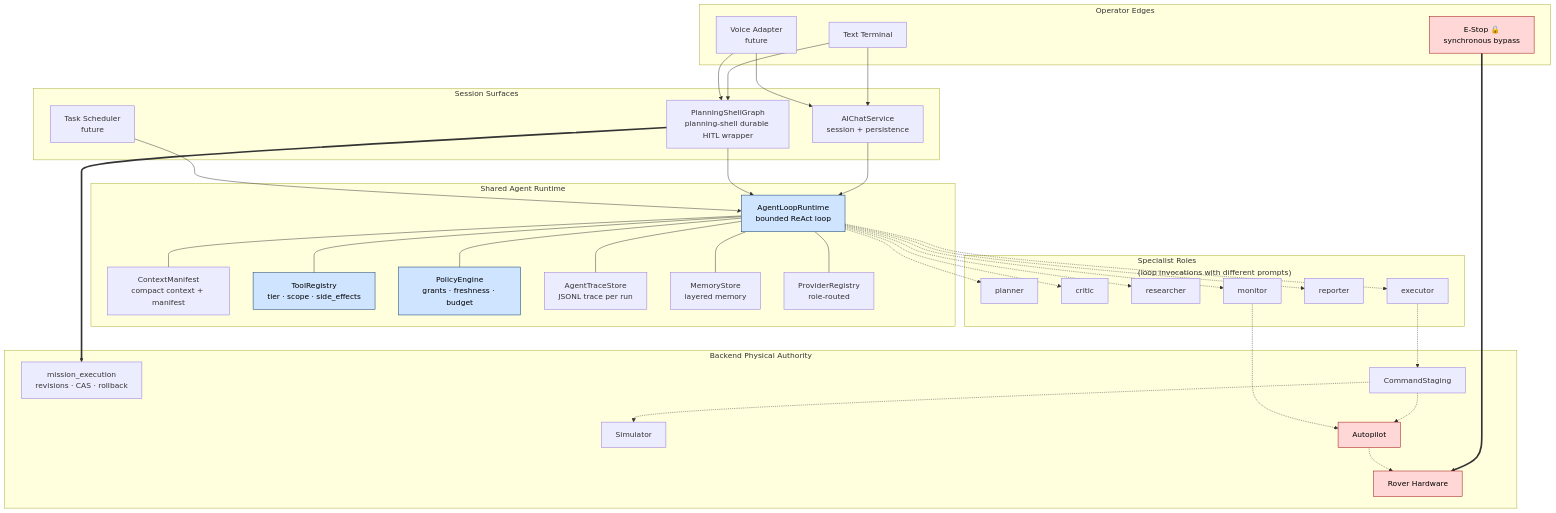
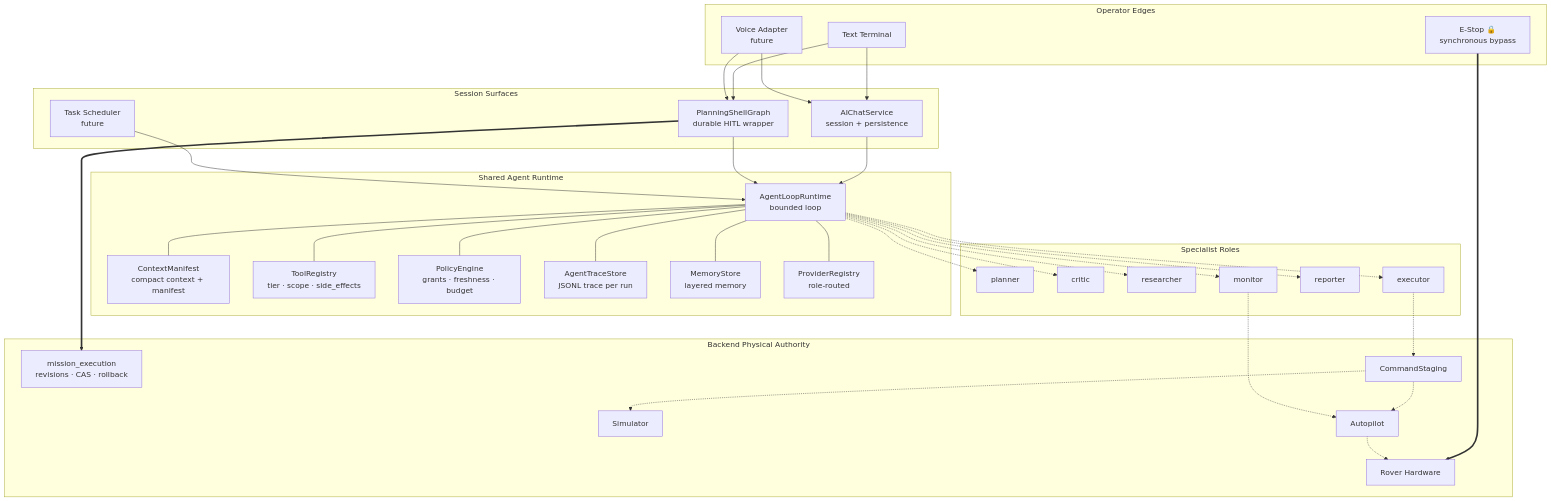
Before and after one commit to vardan6/uxv-agent: the first of 8 diagrams in docs/components/ai-agent/internals/graph-spec.md, drawn with Mermaid. The commit also changed other lines of this file and 34 other files, not shown here.

````diff
--- a/docs/components/ai-agent/internals/graph-spec.md
+++ b/docs/components/ai-agent/internals/graph-spec.md
@@ -73,72 +21,67 @@
 ```mermaid
 flowchart TB
     subgraph Edge["Operator Edges"]
         TXT[Text Terminal]
         VC[Voice Adapter<br/>future]
         ES[E-Stop 🔒<br/>synchronous bypass]
     end
 
     subgraph Surfaces["Session Surfaces"]
         CHAT[AIChatService<br/>session + persistence]
-        SHELL[PlanningShellGraph<br/>planning-shell durable HITL wrapper]
+        SHELL[PlanningShellGraph<br/>durable HITL wrapper]
         SCHED[Task Scheduler<br/>future]
     end
 
     subgraph Core["Shared Agent Runtime"]
-        LOOP[AgentLoopRuntime<br/>bounded ReAct loop]
+        LOOP[AgentLoopRuntime<br/>bounded loop]
         CTX[ContextManifest<br/>compact context + manifest]
         REG[ToolRegistry<br/>tier · scope · side_effects]
         POL[PolicyEngine<br/>grants · freshness · budget]
         TRC[AgentTraceStore<br/>JSONL trace per run]
         MEM[MemoryStore<br/>layered memory]
         PRV[ProviderRegistry<br/>role-routed]
     end
 
-    subgraph Roles["Specialist Roles<br/>(loop invocations with different prompts)"]
+    subgraph Roles["Specialist Roles"]
         PL[planner]
         CR[critic]
         RS[researcher]
         MN[monitor]
         RP[reporter]
         EX[executor]
     end
 
     subgraph Auth["Backend Physical Authority"]
         MX[mission_execution<br/>revisions · CAS · rollback]
         STG[CommandStaging]
         SIM[Simulator]
         APH[Autopilot]
         HW[Rover Hardware]
     end
 
     TXT --> CHAT
     TXT --> SHELL
     VC --> CHAT
     VC --> SHELL
     ES ===> HW
 
     CHAT --> LOOP
     SHELL --> LOOP
     SCHED --> LOOP
 
     LOOP --- CTX
     LOOP --- REG
     LOOP --- POL
     LOOP --- TRC
     LOOP --- MEM
     LOOP --- PRV
 
     LOOP -.-> PL & CR & RS & MN & RP & EX
 
     SHELL ==> MX
     EX -.-> STG
     STG -.-> SIM
     STG -.-> APH
     APH -.-> HW
     MN -.-> APH
-
-    classDef hot fill:#ffd7d7,stroke:#900,color:#000
-    classDef warm fill:#cfe4ff,stroke:#036,color:#000
-    class ES,HW,APH hot
-    class LOOP,REG,POL warm
 ```
````
